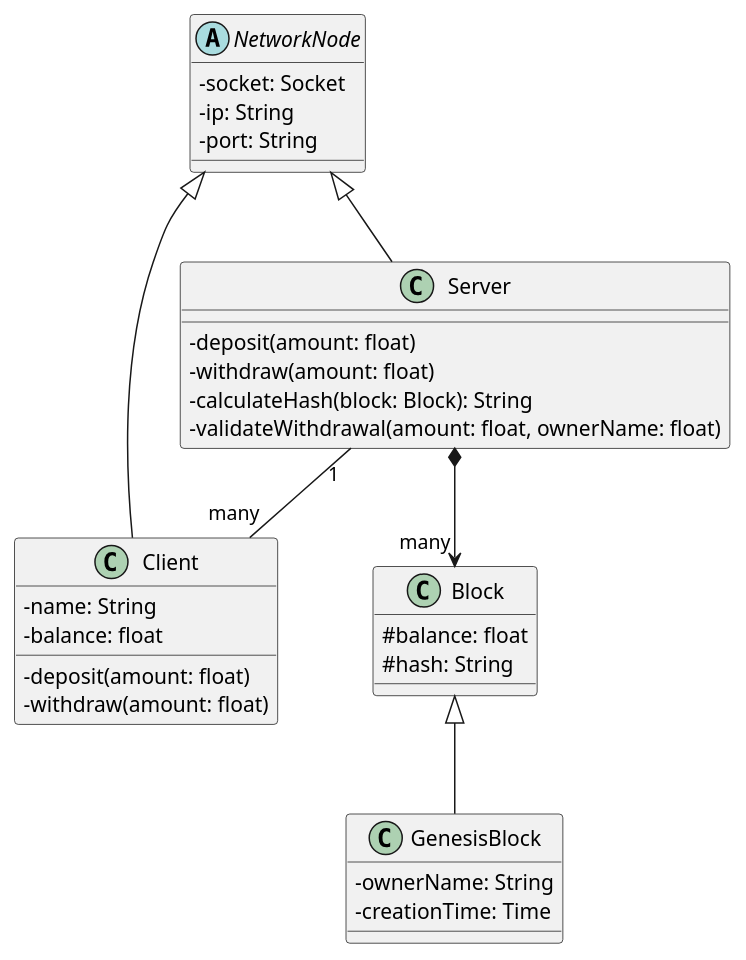
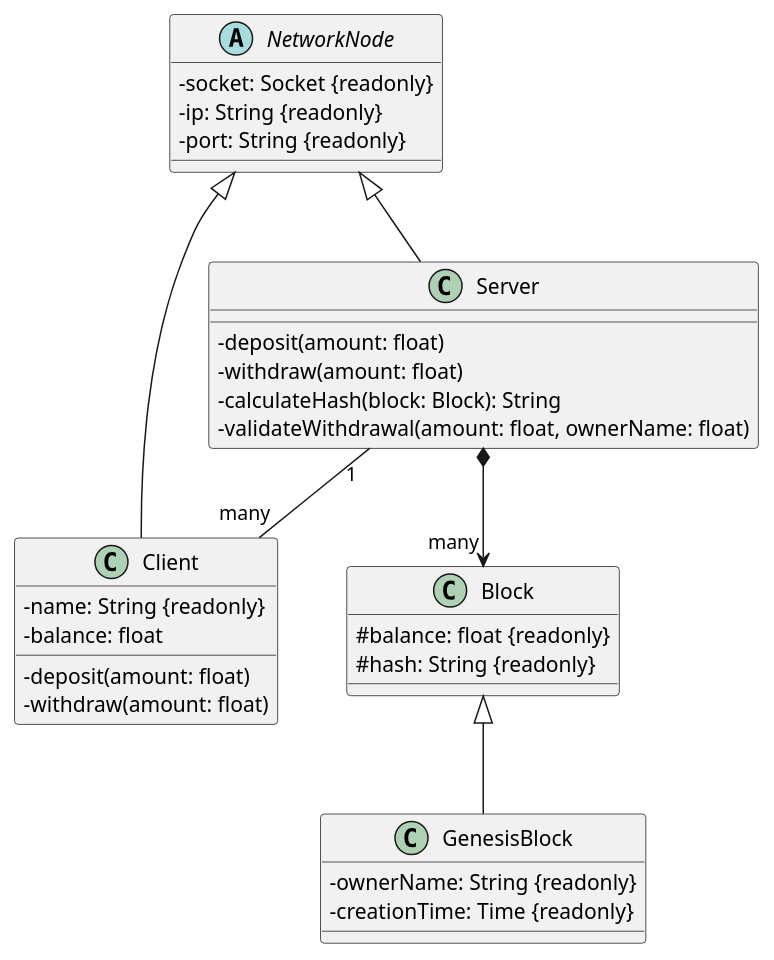
The diagram in docs/uml/class_diagram.puml (Andre-Grassi/mini_blockchain), drawn with PlantUML before and after one commit. The commit also changed 1 other file, not shown here.

Commit message:
Add readonly attributes for UML

```diff
--- a/docs/uml/class_diagram.puml
+++ b/docs/uml/class_diagram.puml
@@ -1,47 +1,47 @@
-@startuml blockchain_classes
+@startuml class_diagram 
 skinparam classAttributeIconSize 0
 
 class Block {
-  #balance: float
-  #hash: String
+  #balance: float {readonly}
+  #hash: String {readonly}
 }
 
 class GenesisBlock {
-  -ownerName: String
-  -creationTime: Time
+  -ownerName: String {readonly}
+  -creationTime: Time {readonly}
 }
 
 Block <|-- GenesisBlock
 
 
 abstract class NetworkNode
 {
-  -socket: Socket
-  -ip: String
-  -port: String
+  -socket: Socket {readonly}
+  -ip: String {readonly}
+  -port: String {readonly}
 }
 
 class Client {
-  -name: String
+  -name: String {readonly}
   -balance: float
   -deposit(amount: float)
   -withdraw(amount: float)
 }
 
 class Server {
   -deposit(amount: float)
   -withdraw(amount: float)
   -calculateHash(block: Block): String
 ' A validação só é feita pelo servidor
   -validateWithdrawal(amount: float, ownerName: float)
 }
 
 NetworkNode <|-- Client
 NetworkNode <|-- Server
 
 ' BlockChain
 Server *--> "many" Block
 
 ' O Server tem um atributo que mapeia por string os clientes map(String) = Cliente
 Server "1"--"many" Client 
 @enduml
```
